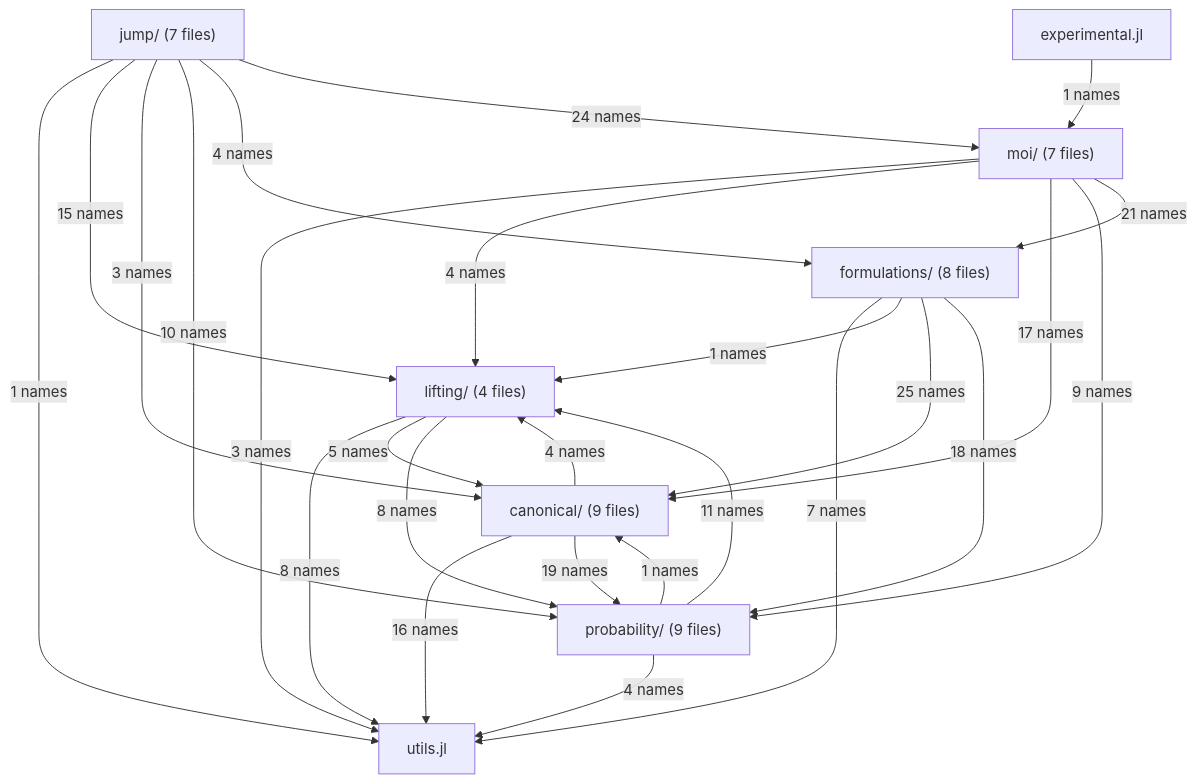
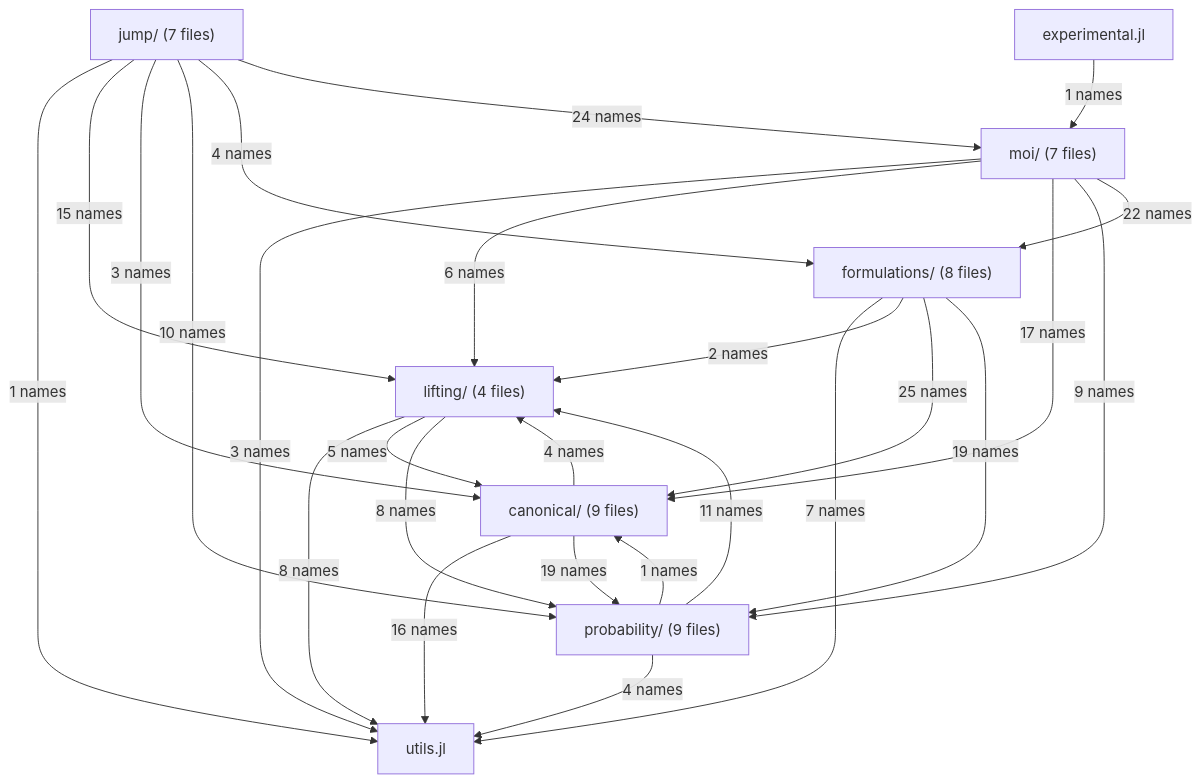
Before and after one commit to bfpc/LinearDecisionRules.jl: the diagram in docs/src/developer/structure_current.md, drawn with Mermaid. The commit also changed other lines of this file and 13 other files, not shown here.

````diff
--- a/docs/src/developer/structure_current.md
+++ b/docs/src/developer/structure_current.md
@@ -12,36 +12,36 @@
 ```mermaid
 flowchart TD
     utils["utils.jl"]
     lifting["lifting/ (4 files)"]
     canonical["canonical/ (9 files)"]
     probability["probability/ (9 files)"]
     formulations["formulations/ (8 files)"]
     moi["moi/ (7 files)"]
     jump["jump/ (7 files)"]
     experimental["experimental.jl"]
     lifting -->|"8 names"| utils
     lifting -->|"5 names"| canonical
     lifting -->|"8 names"| probability
     canonical -->|"16 names"| utils
     canonical -->|"4 names"| lifting
     canonical -->|"19 names"| probability
     probability -->|"4 names"| utils
     probability -->|"11 names"| lifting
     probability -->|"1 names"| canonical
     formulations -->|"7 names"| utils
-    formulations -->|"1 names"| lifting
+    formulations -->|"2 names"| lifting
     formulations -->|"25 names"| canonical
-    formulations -->|"18 names"| probability
+    formulations -->|"19 names"| probability
     moi -->|"3 names"| utils
-    moi -->|"4 names"| lifting
+    moi -->|"6 names"| lifting
     moi -->|"17 names"| canonical
     moi -->|"9 names"| probability
-    moi -->|"21 names"| formulations
+    moi -->|"22 names"| formulations
     jump -->|"1 names"| utils
     jump -->|"15 names"| lifting
     jump -->|"3 names"| canonical
     jump -->|"10 names"| probability
     jump -->|"4 names"| formulations
     jump -->|"24 names"| moi
     experimental -->|"1 names"| moi
 ```
````
